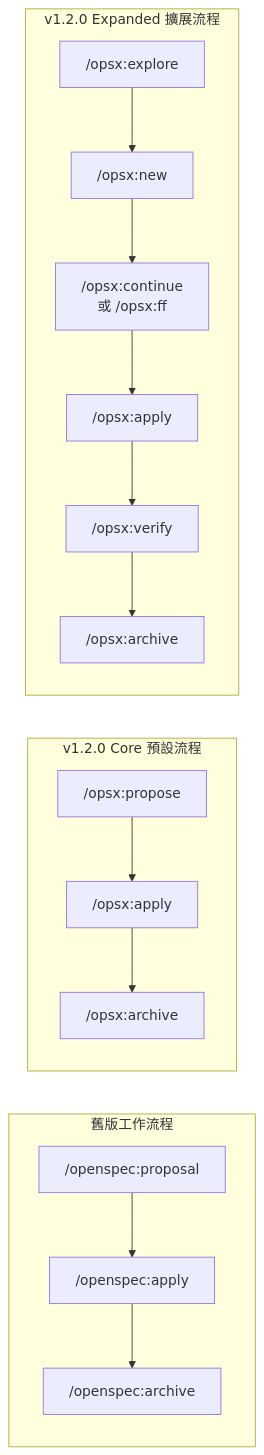
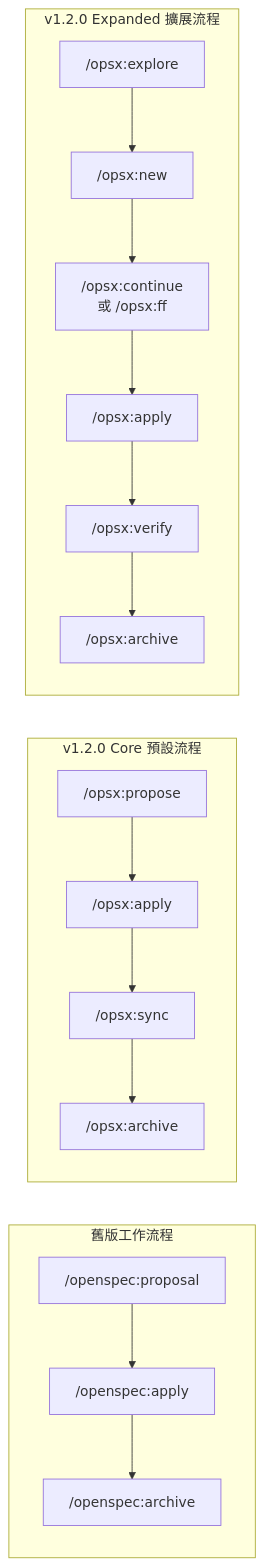
One commit to chihhung/Blog changed the eighth of 21 diagrams in content/posts/教學/AI開發/OpenSpec使用教學.md. Above: the diagram before and after it, drawn with Mermaid. The commit also changed other lines of this file and 12 other files, not shown here.

````diff
--- a/content/posts/教學/AI開發/OpenSpec使用教學.md
+++ b/content/posts/教學/AI開發/OpenSpec使用教學.md
@@ -1101,20 +1107,21 @@
 ```mermaid
 graph LR
     subgraph 舊版工作流程
         A1["/openspec:proposal"] --> A2["/openspec:apply"]
         A2 --> A3["/openspec:archive"]
     end
 
     subgraph "v1.2.0 Core 預設流程"
         B1["/opsx:propose"] --> B2["/opsx:apply"]
-        B2 --> B3["/opsx:archive"]
+        B2 --> B3["/opsx:sync"]
+        B3 --> B4["/opsx:archive"]
     end
 
     subgraph "v1.2.0 Expanded 擴展流程"
         C1["/opsx:explore"] --> C2["/opsx:new"]
         C2 --> C3["/opsx:continue<br/>或 /opsx:ff"]
         C3 --> C4["/opsx:apply"]
         C4 --> C5["/opsx:verify"]
         C5 --> C6["/opsx:archive"]
     end
 ```
````
